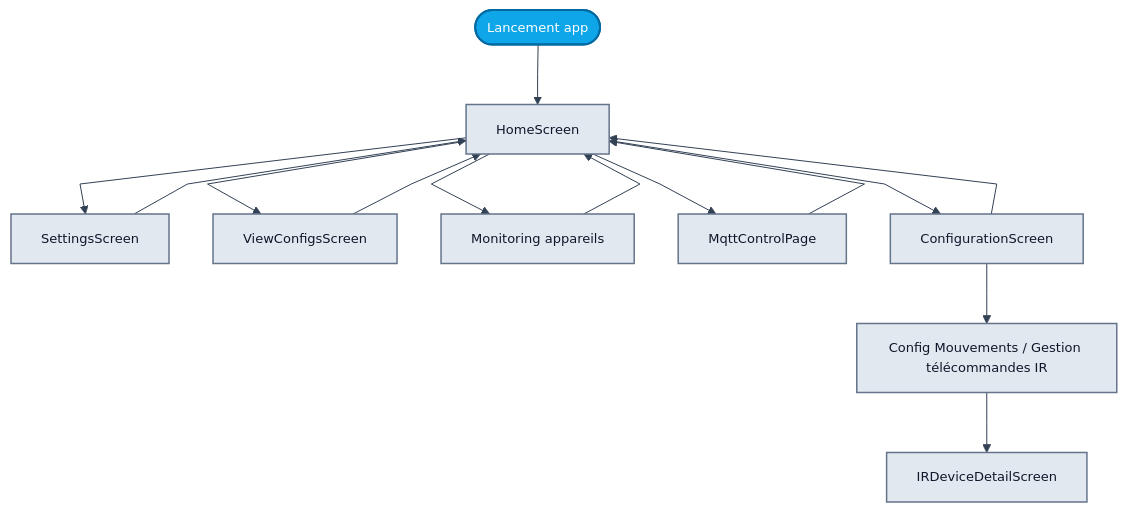
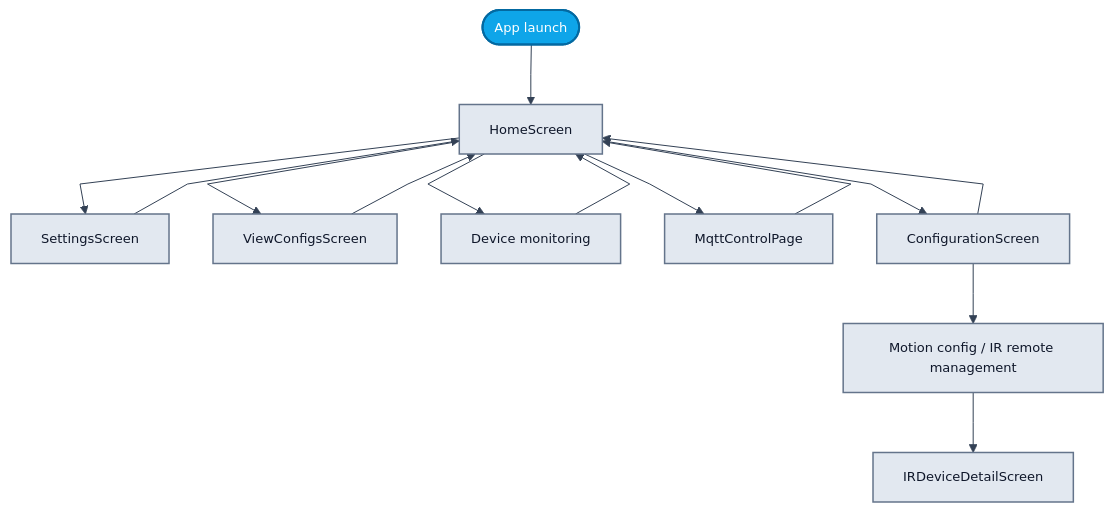
Before and after one commit to Kacper264/WaveControl-Mobile_App: the first of 8 diagrams in LOGIGRAMMES_MERMAID.md, drawn with Mermaid. The commit also changed other lines of this file and 41 other files, not shown here.

````diff
--- a/LOGIGRAMMES_MERMAID.md
+++ b/LOGIGRAMMES_MERMAID.md
@@ -14,38 +14,38 @@
 ```mermaid
 ---
 config:
   theme: base
   flowchart:
     nodeSpacing: 44
     rankSpacing: 60
     curve: linear
   themeVariables:
     fontSize: 13px
     lineColor: '#334155'
     primaryTextColor: '#0f172a'
     fontFamily: Inter,Segoe UI,Arial
   layout: fixed
 ---
 flowchart TB
-    C["HomeScreen"] --> E["SettingsScreen"] & G["ViewConfigsScreen"] & F["Monitoring appareils"] & I["MqttControlPage"] & H["ConfigurationScreen"]
-    H --> K["Config Mouvements / Gestion télécommandes IR"] & C
+  C["HomeScreen"] --> E["SettingsScreen"] & G["ViewConfigsScreen"] & F["Device monitoring"] & I["MqttControlPage"] & H["ConfigurationScreen"]
+  H --> K["Motion config / IR remote management"] & C
     K --> L["IRDeviceDetailScreen"]
     E --> C
     F --> C
     G --> C
     I --> C
-    A(["Lancement app"]) --> C
+    A(["App launch"]) --> C
 
      C:::action
      E:::action
      G:::action
      F:::action
      I:::action
      H:::action
      K:::action
      L:::action
      A:::start
     classDef start fill:#0ea5e9,stroke:#0369a1,color:#ffffff,stroke-width:2px
     classDef action fill:#e2e8f0,stroke:#64748b,color:#0f172a,stroke-width:1.5px
     classDef decision fill:#fef3c7,stroke:#d97706,color:#78350f,stroke-width:2px
 ```
````
